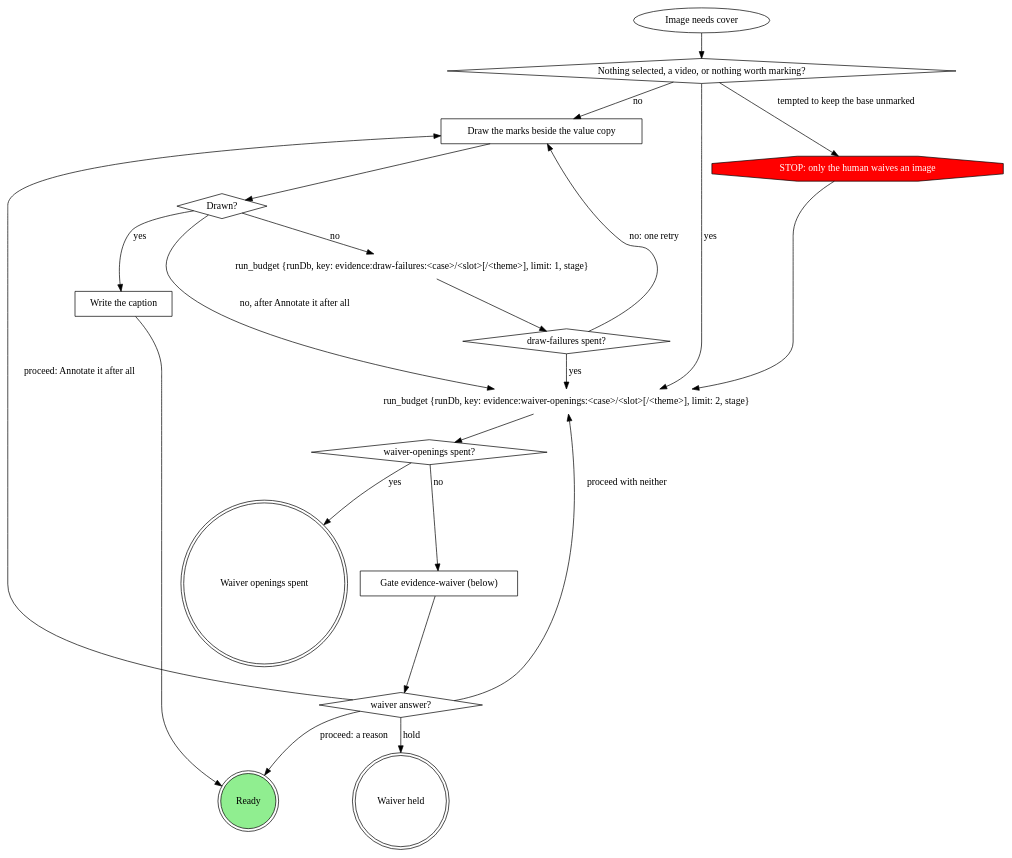
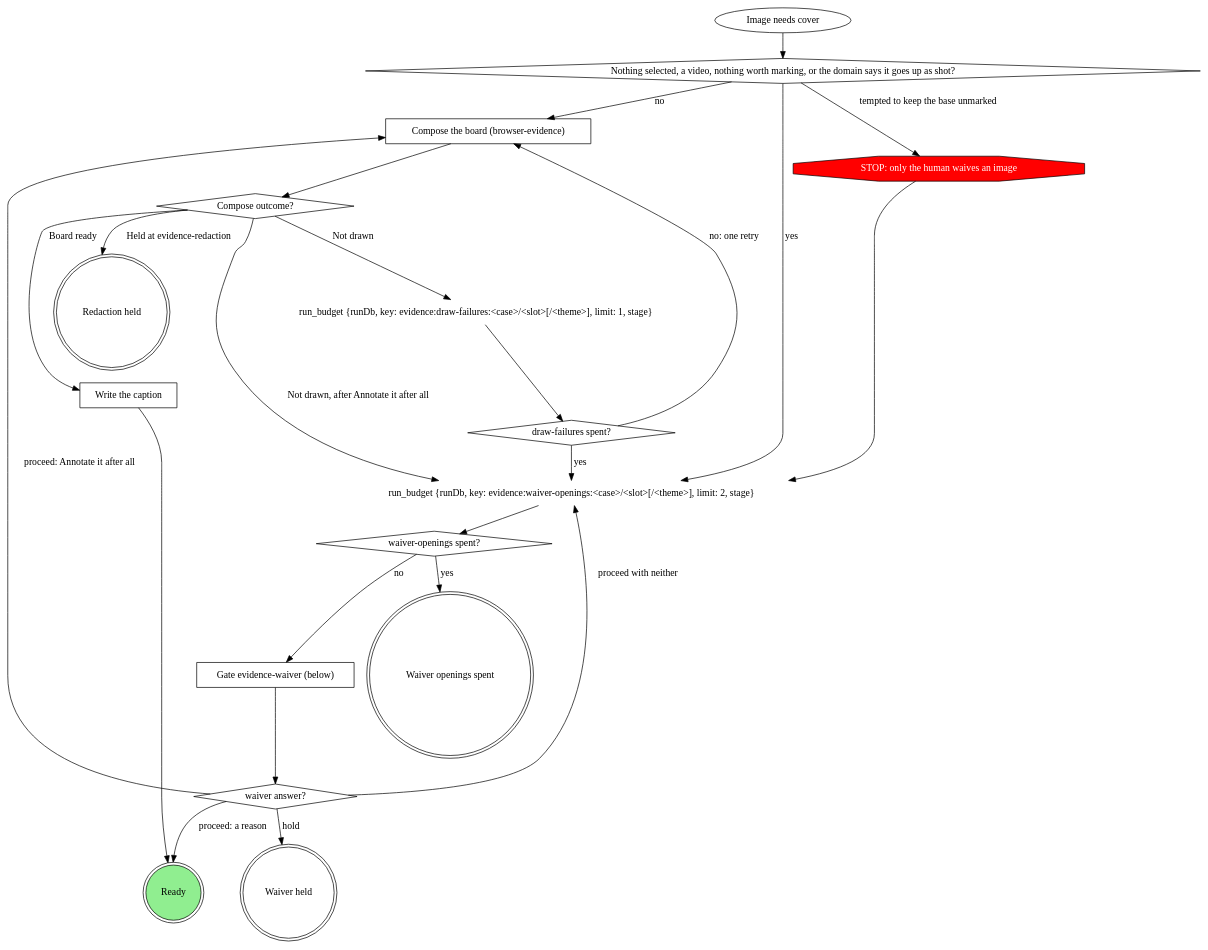
One commit to m4ttstack/mattstack changed the second of 3 diagrams in plugins/mattstack/attachments/evidence-record/SKILL.md. Above: the diagram before and after it, drawn with Graphviz. The commit also changed other lines of this file and 53 other files, not shown here.

First line of the commit message:
composed evidence M4: browser evidence as one mattstack capability

````diff
--- a/plugins/mattstack/attachments/evidence-record/SKILL.md
+++ b/plugins/mattstack/attachments/evidence-record/SKILL.md
@@ -85,40 +88,42 @@
 ```dot
 digraph annotate_or_waive {
     image_needs_cover [label="Image needs cover" shape=ellipse];
-    nothing_to_mark [label="Nothing selected, a video, or nothing worth marking?" shape=diamond];
-    draw_marks [label="Draw the marks beside the value copy" shape=box];
-    drawn [label="Drawn?" shape=diamond];
+    nothing_to_mark [label="Nothing selected, a video, nothing worth marking, or the domain says it goes up as shot?" shape=diamond];
+    compose_board [label="Compose the board (browser-evidence)" shape=box];
+    drawn [label="Compose outcome?" shape=diamond];
+    redaction_held [label="Redaction held" shape=doublecircle];
     run_budget_draw [label="run_budget {runDb, key: evidence:draw-failures:<case>/<slot>[/<theme>], limit: 1, stage}" shape=plaintext];
     draw_failures_spent [label="draw-failures spent?" shape=diamond];
     write_caption [label="Write the caption" shape=box];
     run_budget_waiver [label="run_budget {runDb, key: evidence:waiver-openings:<case>/<slot>[/<theme>], limit: 2, stage}" shape=plaintext];
     waiver_openings_spent [label="waiver-openings spent?" shape=diamond];
     gate_evidence_waiver [label="Gate evidence-waiver (below)" shape=box];
     waiver_answer [label="waiver answer?" shape=diamond];
     stop_self_waive [label="STOP: only the human waives an image" shape=octagon style=filled fillcolor=red fontcolor=white];
     waiver_held [label="Waiver held" shape=doublecircle];
     waiver_openings_exhausted [label="Waiver openings spent" shape=doublecircle];
     ready [label="Ready" shape=doublecircle style=filled fillcolor=lightgreen];
 
     image_needs_cover -> nothing_to_mark;
-    nothing_to_mark -> draw_marks [label="no"];
+    nothing_to_mark -> compose_board [label="no"];
     nothing_to_mark -> stop_self_waive [label="tempted to keep the base unmarked"];
     stop_self_waive -> run_budget_waiver;
-    draw_marks -> drawn;
-    drawn -> write_caption [label="yes"];
-    drawn -> run_budget_draw [label="no"];
-    drawn -> run_budget_waiver [label="no, after Annotate it after all"];
+    compose_board -> drawn;
+    drawn -> write_caption [label="Board ready"];
+    drawn -> run_budget_draw [label="Not drawn"];
+    drawn -> run_budget_waiver [label="Not drawn, after Annotate it after all"];
+    drawn -> redaction_held [label="Held at evidence-redaction"];
     run_budget_draw -> draw_failures_spent;
-    draw_failures_spent -> draw_marks [label="no: one retry"];
+    draw_failures_spent -> compose_board [label="no: one retry"];
     {nothing_to_mark draw_failures_spent} -> run_budget_waiver [label="yes"];
     write_caption -> ready;
     run_budget_waiver -> waiver_openings_spent;
     waiver_openings_spent -> gate_evidence_waiver [label="no"];
     waiver_openings_spent -> waiver_openings_exhausted [label="yes"];
     gate_evidence_waiver -> waiver_answer;
     waiver_answer -> ready [label="proceed: a reason"];
-    waiver_answer -> draw_marks [label="proceed: Annotate it after all"];
+    waiver_answer -> compose_board [label="proceed: Annotate it after all"];
     waiver_answer -> run_budget_waiver [label="proceed with neither"];
     waiver_answer -> waiver_held [label="hold"];
 }
 ```
````
